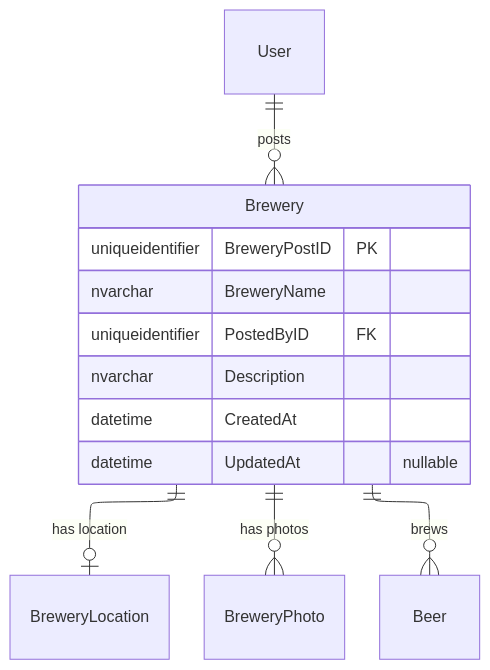
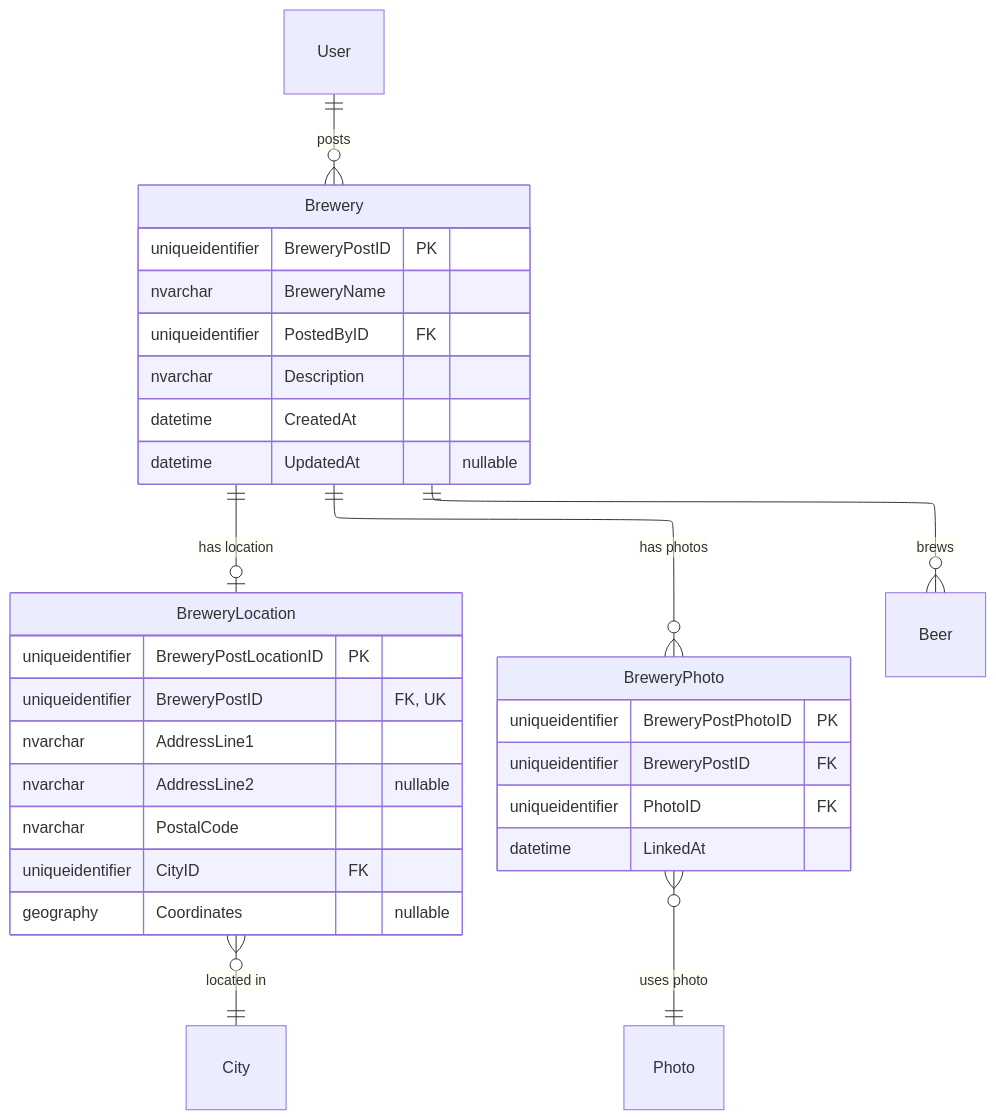
The diagram in docs/web/diagrams/database-schema/brewery.mmd (aaronpo97/the-biergarten-app), drawn with Mermaid before and after one commit. The commit also changed 36 other files, not shown here.

Commit message:
Split dbo schema into per-domain SQL schemas (#274)

```diff
--- a/docs/web/diagrams/database-schema/brewery.mmd
+++ b/docs/web/diagrams/database-schema/brewery.mmd
@@ -1,22 +1,41 @@
 ---
 config:
     layout: elk
 ---
 
 
 erDiagram
     Brewery ||--o| BreweryLocation : "has location"
     Brewery ||--o{ BreweryPhoto : "has photos"
     Brewery ||--o{ Beer : "brews"
 
-    %% Cross-schema: defined in full in identity.mmd / location.mmd / media.mmd / beer.mmd
+    %% Cross-schema: defined in full in auth.mmd / geolocation.mmd / media.mmd / beer.mmd
     User ||--o{ Brewery : "posts"
+    BreweryLocation }o--|| City : "located in"
+    BreweryPhoto }o--|| Photo : "uses photo"
 
     Brewery {
         uniqueidentifier BreweryPostID PK
         nvarchar BreweryName
         uniqueidentifier PostedByID FK
         nvarchar Description
         datetime CreatedAt
         datetime UpdatedAt "nullable"
     }
+
+    BreweryLocation {
+        uniqueidentifier BreweryPostLocationID PK
+        uniqueidentifier BreweryPostID "FK, UK"
+        nvarchar AddressLine1
+        nvarchar AddressLine2 "nullable"
+        nvarchar PostalCode
+        uniqueidentifier CityID FK
+        geography Coordinates "nullable"
+    }
+
+    BreweryPhoto {
+        uniqueidentifier BreweryPostPhotoID PK
+        uniqueidentifier BreweryPostID FK
+        uniqueidentifier PhotoID FK
+        datetime LinkedAt
+    }
```
